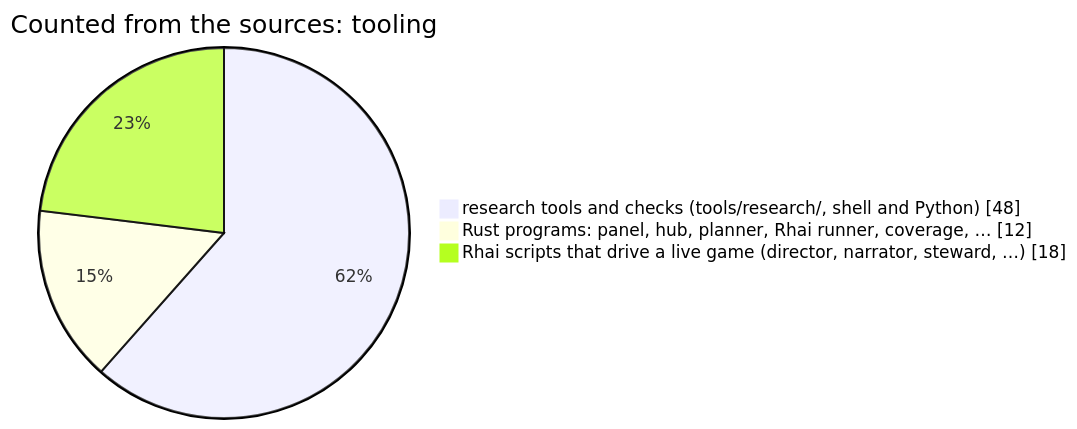
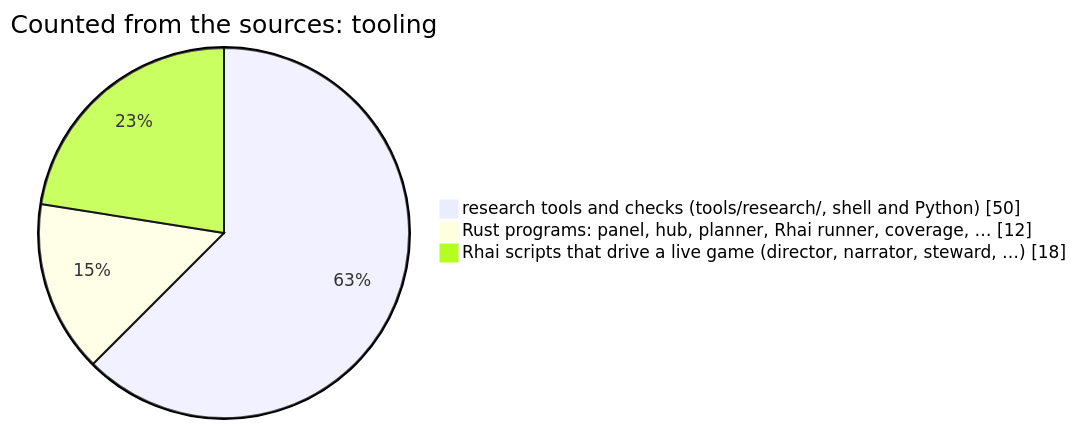
The seventh of 12 diagrams in README.md (korczis/OpenTTD), drawn with Mermaid before and after one commit. The commit also changed other lines of this file and 6 other files, not shown here.

````diff
--- a/README.md
+++ b/README.md
@@ -798,6 +798,6 @@
 ```mermaid
 pie showData title Counted from the sources: tooling
-    "research tools and checks (tools/research/, shell and Python)" : 48
+    "research tools and checks (tools/research/, shell and Python)" : 50
     "Rust programs: panel, hub, planner, Rhai runner, coverage, …" : 12
     "Rhai scripts that drive a live game (director, narrator, steward, …)" : 18
 ```
````
